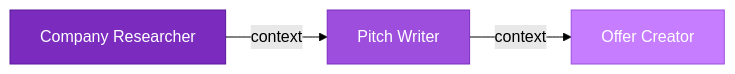
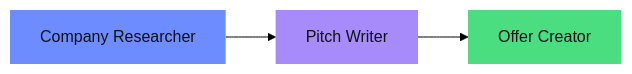
Before and after one commit to mj-deving/crewai-n8n-bridge: the third of 6 diagrams in README.md, drawn with Mermaid (forest theme). The commit also changed other lines of this file, not shown here.

First line of the commit message:
docs: README rewrite — English, fixed mermaid, managed-agent-poc style

````diff
--- a/README.md
+++ b/README.md
@@ -99,7 +70,8 @@
 ```mermaid
 flowchart LR
-    S1[Company Researcher] -->|context| S2[Pitch Writer] -->|context| S3[Offer Creator]
-    style S1 fill:#7b2cbf,stroke:#5a189a,color:#fff
-    style S2 fill:#9d4edd,stroke:#7b2cbf,color:#fff
-    style S3 fill:#c77dff,stroke:#9d4edd,color:#fff
+    S1["Company Researcher"] --> S2["Pitch Writer"] --> S3["Offer Creator"]
+
+    style S1 fill:#6c8cff,color:#0f1117,stroke:none
+    style S2 fill:#a78bfa,color:#0f1117,stroke:none
+    style S3 fill:#4ade80,color:#0f1117,stroke:none
 ```
````
